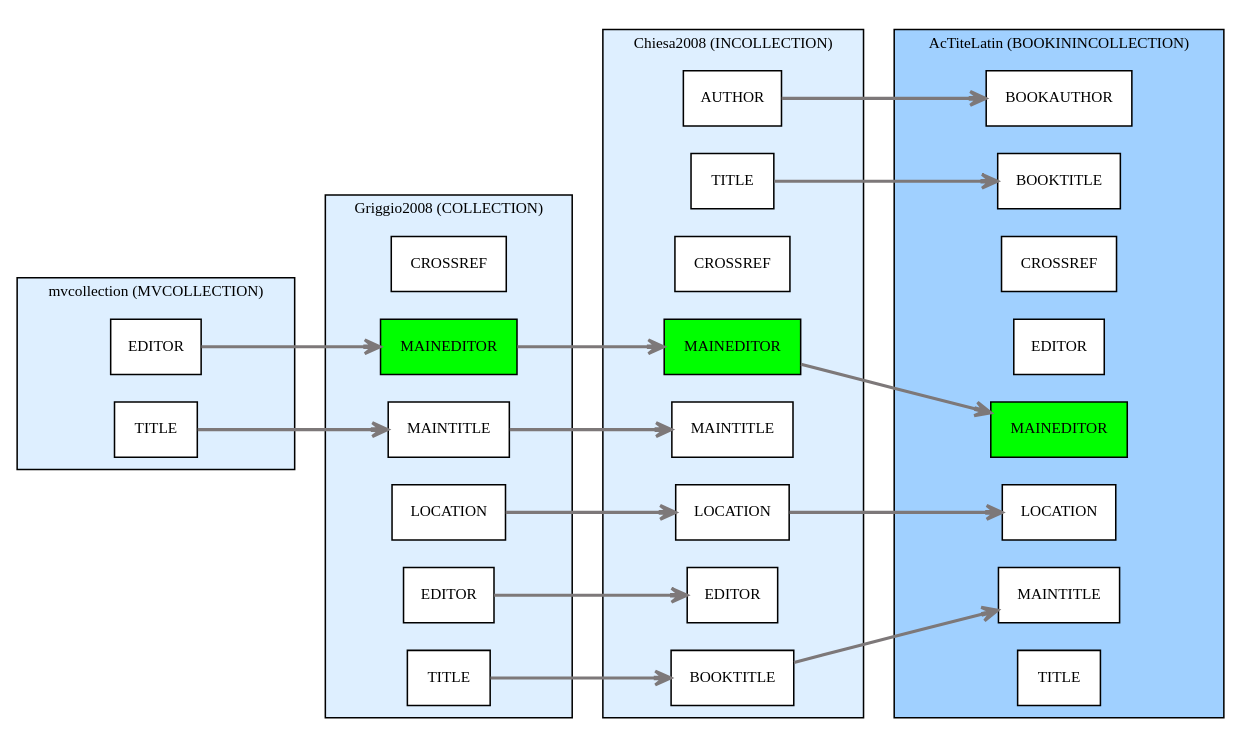
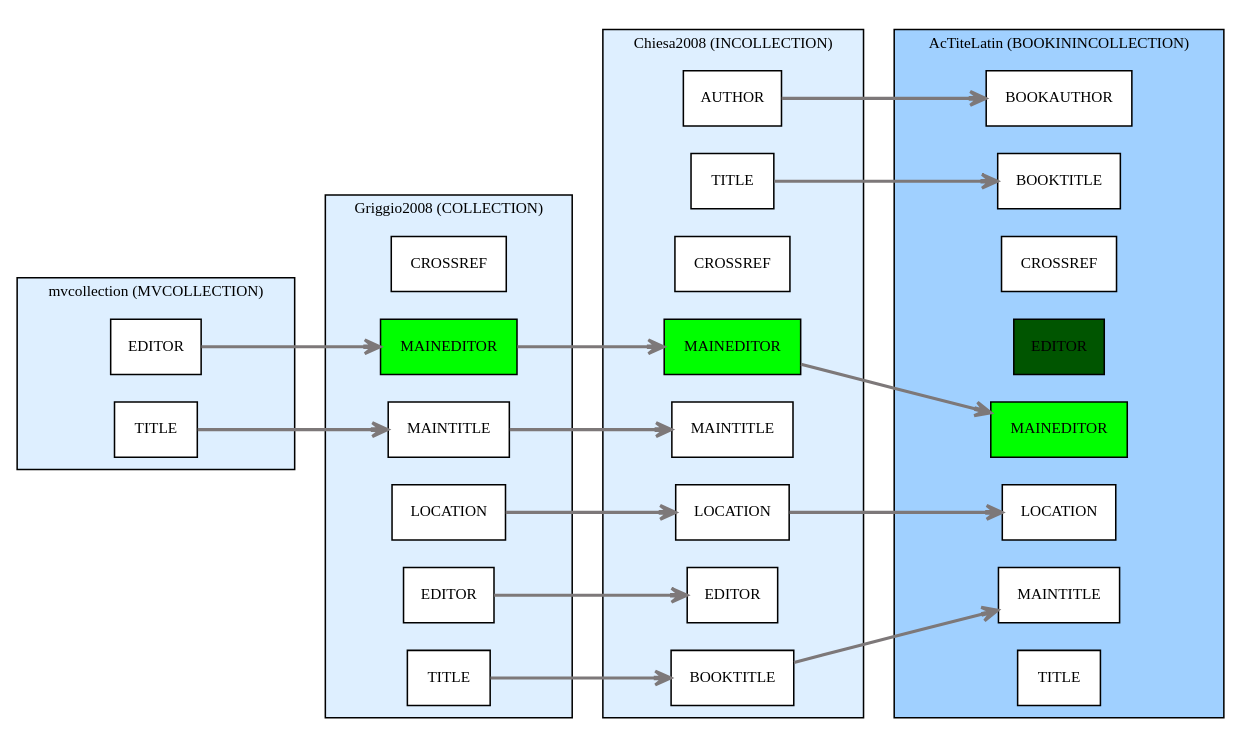
One commit to maieul/biblatex-bookinarticle changed the diagram in collection.dot. Above: the diagram before and after it, drawn with Graphviz.

Commit message:
editor dans @bookincollection est nouveau

```diff
--- a/collection.dot
+++ b/collection.dot
@@ -1,82 +1,82 @@
 digraph Biberdata {
   compound = true;
   edge [ arrowhead=open ];
   graph [ style=filled, rankdir=LR ];
   node [
     fontsize=10,
     fillcolor=white,
     style=filled,
     shape=box ];
 
   subgraph "cluster_section0/AcTiteLatin" {
     fontsize="10";
     label="AcTiteLatin (BOOKININCOLLECTION)";
     tooltip="AcTiteLatin (BOOKININCOLLECTION)";
     fillcolor="#a0d0ff";
 
     "section0/AcTiteLatin/bookauthor" [ label="BOOKAUTHOR" ]
     "section0/AcTiteLatin/booktitle" [ label="BOOKTITLE" ]
     "section0/AcTiteLatin/crossref" [ label="CROSSREF" ]
-    "section0/AcTiteLatin/editor" [ label="EDITOR" ]
+    "section0/AcTiteLatin/editor" [fillcolor="#005500", label="EDITOR" ]
     "section0/AcTiteLatin/maineditor" [fillcolor="#00ff00", label="MAINEDITOR" ]
     "section0/AcTiteLatin/location" [ label="LOCATION" ]
     "section0/AcTiteLatin/maintitle" [ label="MAINTITLE" ]
     "section0/AcTiteLatin/title" [ label="TITLE" ]
   }
 
   subgraph "cluster_section0/mvcollection" {
     fontsize="10";
     label="mvcollection (MVCOLLECTION)";
     tooltip="mvcollection (MVCOLLECTION)";
     fillcolor="#deefff";
 
     "section0/mvcollection/editor" [ label="EDITOR" ]
     "section0/mvcollection/title" [ label="TITLE" ]
   }
 
   subgraph "cluster_section0/Chiesa2008" {
     fontsize="10";
     label="Chiesa2008 (INCOLLECTION)";
     tooltip="Chiesa2008 (INCOLLECTION)";
     fillcolor="#deefff";
 
     "section0/Chiesa2008/author" [ label="AUTHOR" ]
     "section0/Chiesa2008/booktitle" [ label="BOOKTITLE" ]
     "section0/Chiesa2008/crossref" [ label="CROSSREF" ]
     "section0/Chiesa2008/editor" [ label="EDITOR" ]
     "section0/Chiesa2008/maineditor" [fillcolor="#00ff00", label="MAINEDITOR" ]
     "section0/Chiesa2008/location" [ label="LOCATION" ]
     "section0/Chiesa2008/maintitle" [ label="MAINTITLE" ]
     "section0/Chiesa2008/title" [ label="TITLE" ]
   }
 
   subgraph "cluster_section0/Griggio2008" {
     fontsize="10";
     label="Griggio2008 (COLLECTION)";
     tooltip="Griggio2008 (COLLECTION)";
     fillcolor="#deefff";
 
     "section0/Griggio2008/crossref" [ label="CROSSREF" ]
     "section0/Griggio2008/editor" [ label="EDITOR" ]
     "section0/Griggio2008/maineditor" [fillcolor="#00ff00", label="MAINEDITOR" ]
     "section0/Griggio2008/location" [ label="LOCATION" ]
     "section0/Griggio2008/maintitle" [ label="MAINTITLE" ]
     "section0/Griggio2008/title" [ label="TITLE" ]
   }
 
 
 
   "section0/mvcollection/title" -> "section0/Griggio2008/maintitle" [ penwidth="2.0", color="#7d7879", tooltip="Griggio2008/MAINTITLE inherited via CROSSREF from mvcollection/TITLE" ]
   "section0/mvcollection/editor" -> "section0/Griggio2008/maineditor" [ penwidth="2.0", color="#7d7879", tooltip="Griggio2008/MAINEDITOR inherited via CROSSREF from mvcollection/EDITOR" ]
   "section0/Chiesa2008/booktitle" -> "section0/AcTiteLatin/maintitle" [ penwidth="2.0", color="#7d7879", tooltip="AcTiteLatin/MAINTITLE inherited via CROSSREF from Chiesa2008/BOOKTITLE" ]
   "section0/Chiesa2008/maineditor" -> "section0/AcTiteLatin/maineditor" [ penwidth="2.0", color="#7d7879", tooltip="AcTiteLatin/MAINEDITOR inherited via CROSSREF from Chiesa2008/MAINEDITOR" ]
   "section0/Chiesa2008/author" -> "section0/AcTiteLatin/bookauthor" [ penwidth="2.0", color="#7d7879", tooltip="AcTiteLatin/BOOKAUTHOR inherited via CROSSREF from Chiesa2008/AUTHOR" ]
   "section0/Chiesa2008/location" -> "section0/AcTiteLatin/location" [ penwidth="2.0", color="#7d7879", tooltip="AcTiteLatin/LOCATION inherited via CROSSREF from Chiesa2008/LOCATION" ]
   "section0/Chiesa2008/title" -> "section0/AcTiteLatin/booktitle" [ penwidth="2.0", color="#7d7879", tooltip="AcTiteLatin/BOOKTITLE inherited via CROSSREF from Chiesa2008/TITLE" ]
   "section0/Griggio2008/editor" -> "section0/Chiesa2008/editor" [ penwidth="2.0", color="#7d7879", tooltip="Chiesa2008/EDITOR inherited via CROSSREF from Griggio2008/EDITOR" ]
   "section0/Griggio2008/maineditor" -> "section0/Chiesa2008/maineditor" [ penwidth="2.0", color="#7d7879", tooltip="Chiesa2008/MAINEDITOR inherited via CROSSREF from Griggio2008/MAINEDITOR" ]
   "section0/Griggio2008/title" -> "section0/Chiesa2008/booktitle" [ penwidth="2.0", color="#7d7879", tooltip="Chiesa2008/BOOKTITLE inherited via CROSSREF from Griggio2008/TITLE" ]
   "section0/Griggio2008/location" -> "section0/Chiesa2008/location" [ penwidth="2.0", color="#7d7879", tooltip="Chiesa2008/LOCATION inherited via CROSSREF from Griggio2008/LOCATION" ]
   "section0/Griggio2008/maintitle" -> "section0/Chiesa2008/maintitle" [ penwidth="2.0", color="#7d7879", tooltip="Chiesa2008/MAINTITLE inherited via CROSSREF from Griggio2008/MAINTITLE" ]
 
 }
```
